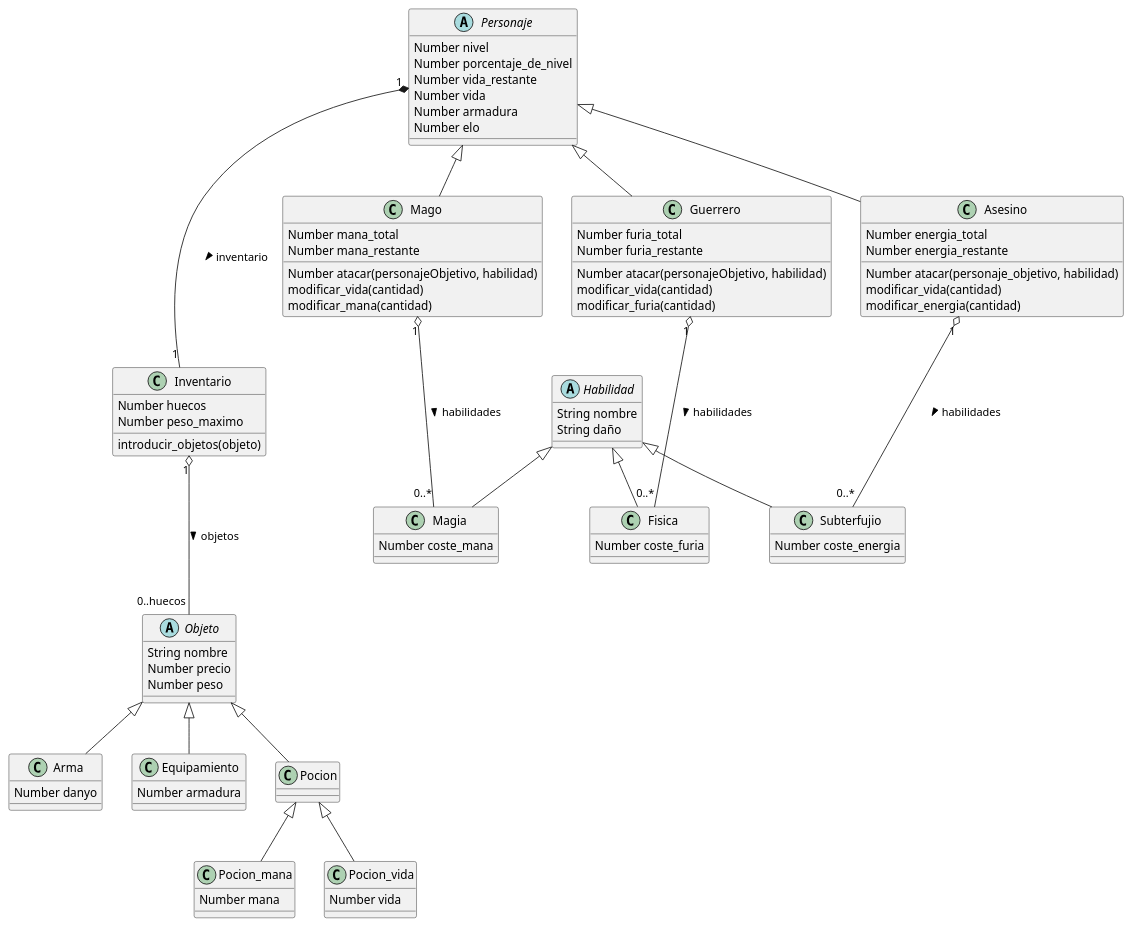
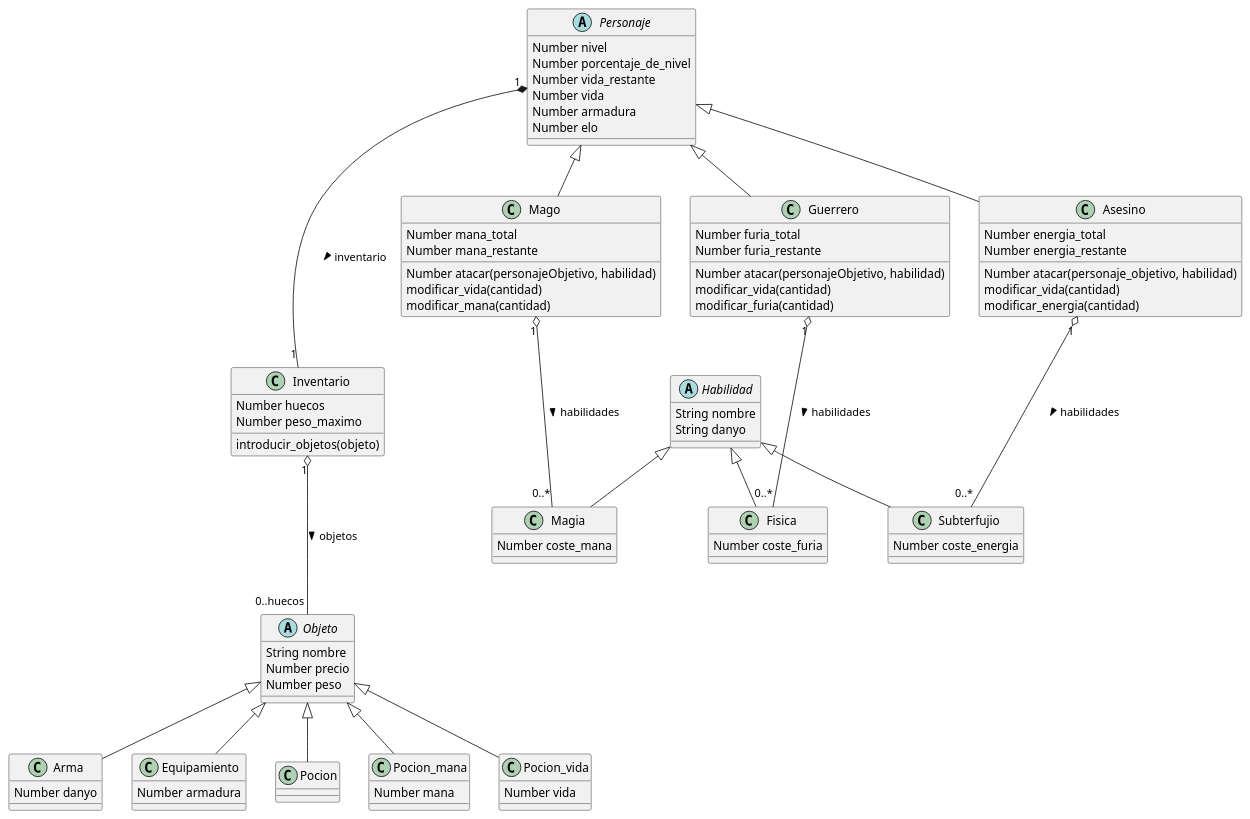
Before and after one commit to manelme/alan-game: the diagram in DiagramaClases.puml, drawn with PlantUML.

Commit message:
diagrama modificado

```diff
--- a/DiagramaClases.puml
+++ b/DiagramaClases.puml
@@ -1,88 +1,87 @@
 @startuml DiagramaClases
 
 Personaje "1" *--- "1" Inventario : inventario >
 Guerrero "1" o--- "0..*" Fisica: habilidades >
 Mago "1" o--- "0..*" Magia: habilidades >
 Asesino "1" o--- "0..*" Subterfujio: habilidades >
 Inventario "1" o--- "0..huecos" Objeto: objetos >
 
 Personaje <|-- Guerrero
 Personaje <|-- Mago
 Personaje <|-- Asesino
 
 Habilidad <|-- Fisica
 Habilidad <|-- Subterfujio
 Habilidad <|-- Magia
 
 Objeto <|-- Arma
 Objeto <|-- Equipamiento
 Objeto <|-- Pocion
-
-Pocion <|-- Pocion_mana
-Pocion <|-- Pocion_vida
+Objeto <|-- Pocion_mana
+Objeto <|-- Pocion_vida
 
 abstract Personaje {
     Number nivel
     Number porcentaje_de_nivel
     Number vida_restante
     Number vida
     Number armadura
     Number elo
 }
 class Guerrero{
     Number furia_total
     Number furia_restante
     Number atacar(personajeObjetivo, habilidad)
     modificar_vida(cantidad)
     modificar_furia(cantidad)
 }
 class Mago{
     Number mana_total
     Number mana_restante
     Number atacar(personajeObjetivo, habilidad)
     modificar_vida(cantidad)
     modificar_mana(cantidad)
 }
 class Asesino{
     Number energia_total
     Number energia_restante
     Number atacar(personaje_objetivo, habilidad)
     modificar_vida(cantidad)
     modificar_energia(cantidad)
 }
 abstract Objeto{
     String nombre
     Number precio
     Number peso
 }
 class Inventario{
     Number huecos
     Number peso_maximo
     introducir_objetos(objeto)
 }
 class Equipamiento{
     Number armadura
 }
 class Arma{
     Number danyo
 }
 class Pocion_mana{
     Number mana
 }
 class Pocion_vida{
     Number vida
 }
 abstract Habilidad{
     String nombre
-    String daño
+    String danyo
 }
 class Magia{
     Number coste_mana
 }
 class Fisica{
     Number coste_furia
 }
 class Subterfujio{
     Number coste_energia
 }
 @enduml<
```
